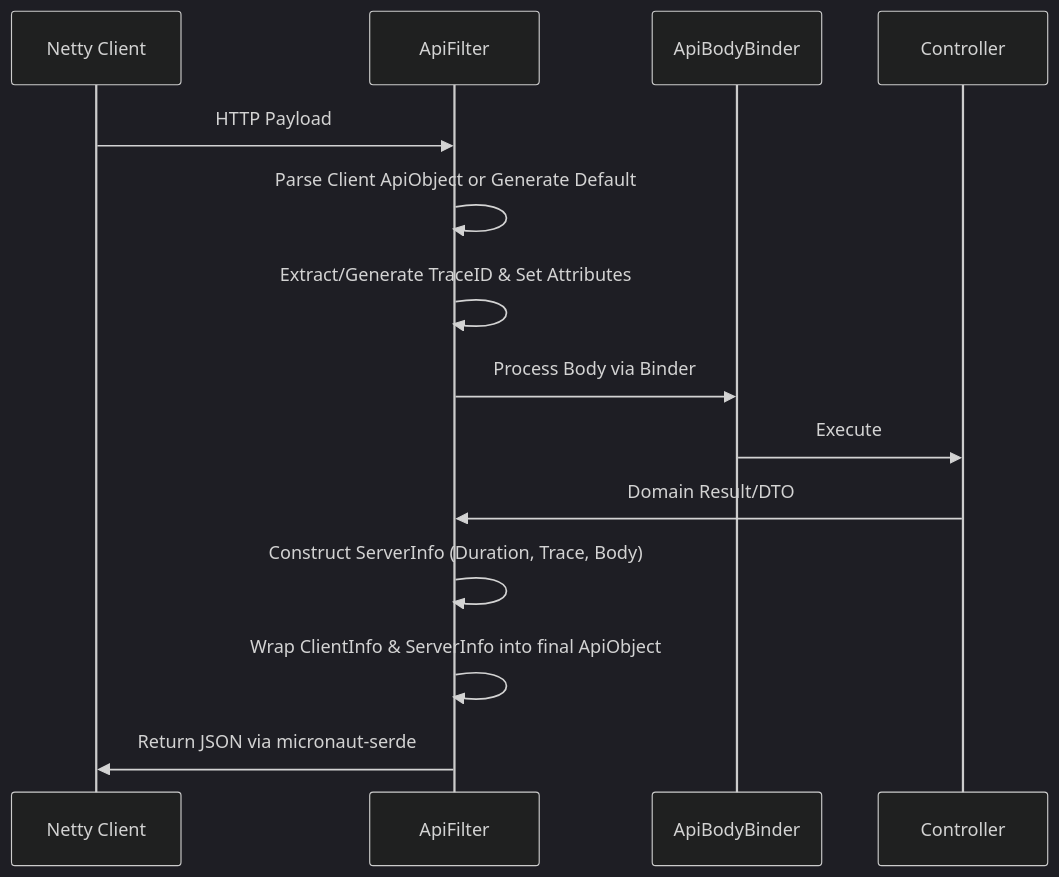
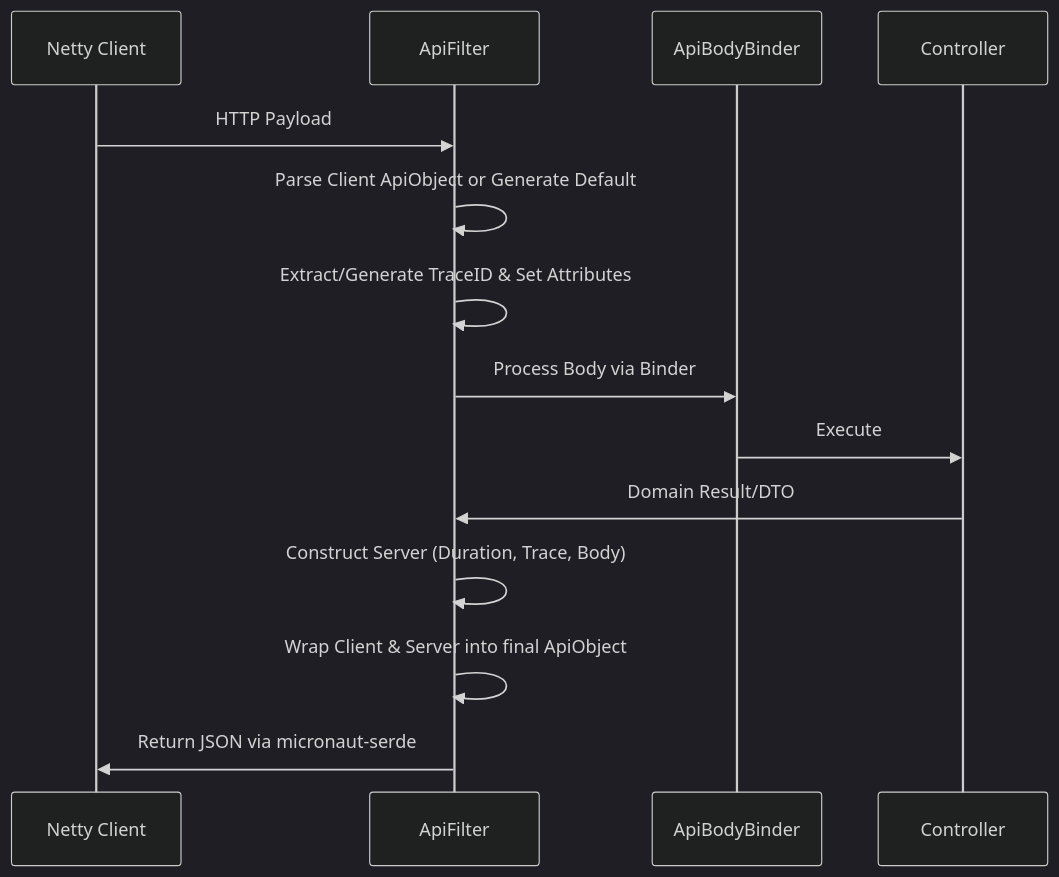
The diagram in docs/TECHNICAL_SPEC.md (azmankudus/apiden), drawn with Mermaid (dark theme) before and after one commit. The commit also changed other lines of this file and 22 other files, not shown here.

Commit message:
update schema. add message bundle.

````diff
--- a/docs/TECHNICAL_SPEC.md
+++ b/docs/TECHNICAL_SPEC.md
@@ -63,17 +81,17 @@
 ```mermaid
 sequenceDiagram
     participant C as Netty Client
     participant F as ApiFilter
     participant B as ApiBodyBinder
     participant Ctrl as Controller
     
     C->>F: HTTP Payload
     F->>F: Parse Client ApiObject or Generate Default
     F->>F: Extract/Generate TraceID & Set Attributes
     F->>B: Process Body via Binder
     B->>Ctrl: Execute
     Ctrl->>F: Domain Result/DTO
-    F->>F: Construct ServerInfo (Duration, Trace, Body)
-    F->>F: Wrap ClientInfo & ServerInfo into final ApiObject
+    F->>F: Construct Server (Duration, Trace, Body)
+    F->>F: Wrap Client & Server into final ApiObject
     F->>C: Return JSON via micronaut-serde
 ```
````
